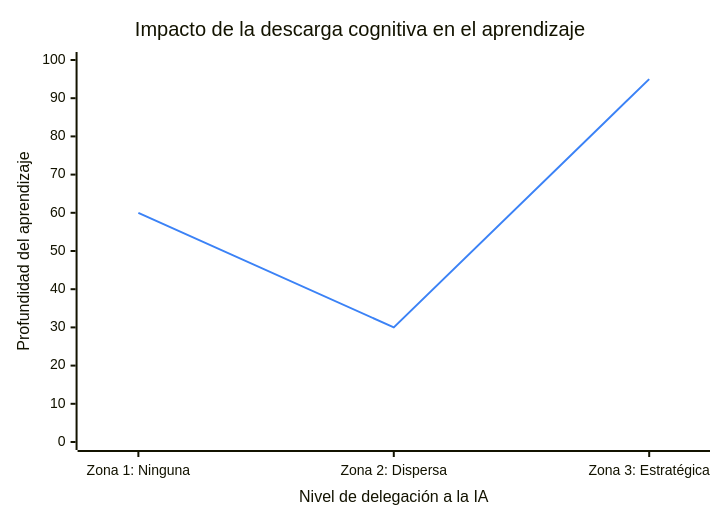
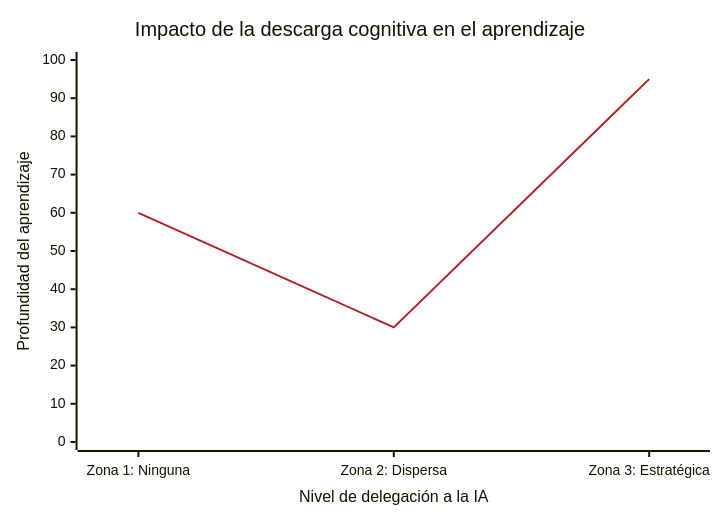
The diagram in content/observatorio/estudios/paradoja-descarga-cognitiva/index.md (arqueon/aprendizaje-ia), drawn with Mermaid before and after one commit. The commit also changed 28 other files, not shown here.

```diff
--- a/content/observatorio/estudios/paradoja-descarga-cognitiva/index.md
+++ b/content/observatorio/estudios/paradoja-descarga-cognitiva/index.md
@@ -24,8 +24,8 @@
 {{< mermaid >}}
-%%{init: { "themeVariables": { "xyChart": {"plotColorPalette": "#3b82f6"} } } }%%
+%%{init: { "themeVariables": { "xyChart": {"plotColorPalette": "#b12028"} } } }%%
 xychart-beta
     title "Impacto de la descarga cognitiva en el aprendizaje"
     x-axis "Nivel de delegación a la IA" ["Zona 1: Ninguna", "Zona 2: Dispersa", "Zona 3: Estratégica"]
     y-axis "Profundidad del aprendizaje" 0 --> 100
     line [60, 30, 95]
 {{< /mermaid >}}
```
